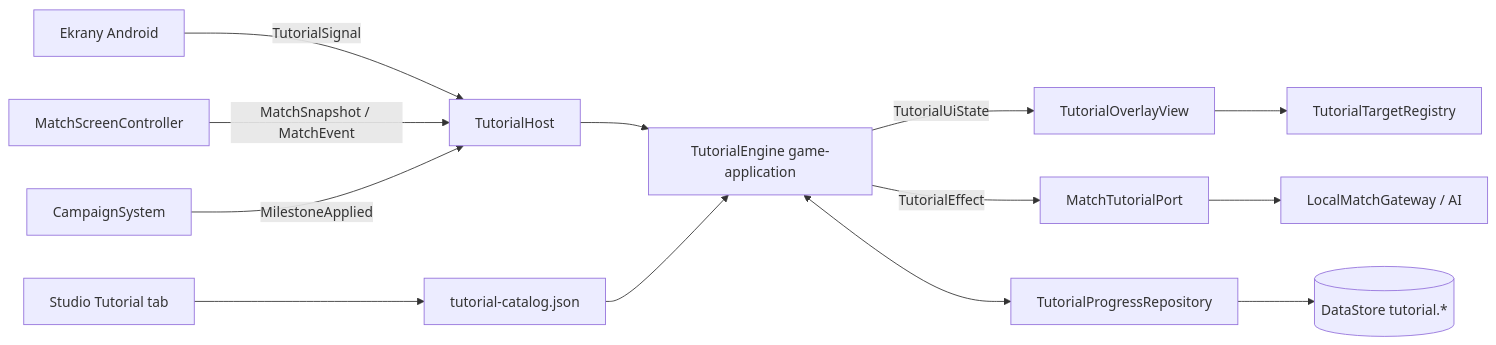
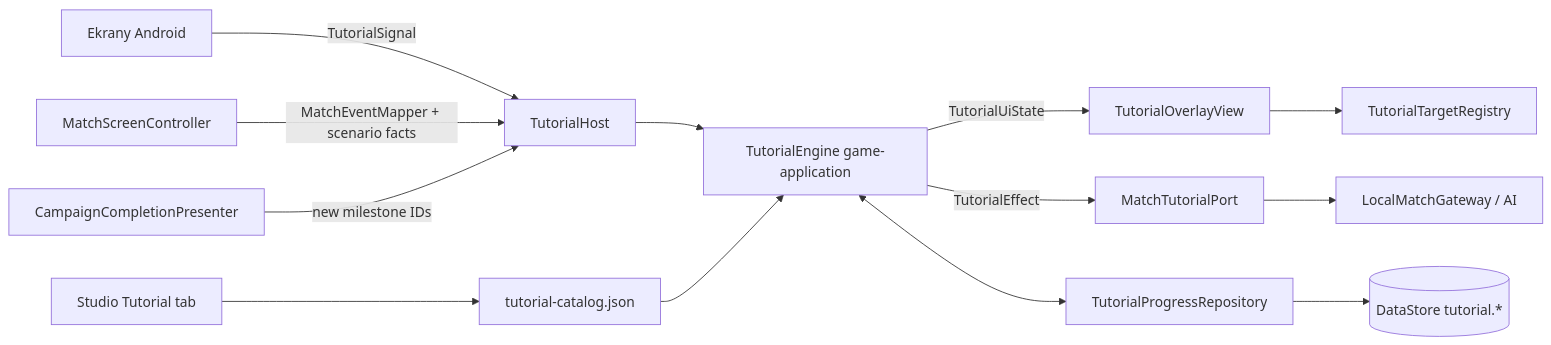
The diagram in docs/systems/tutorial-system.md (kokocinskimichal/urkaaz-catapult-chaos), drawn with Mermaid before and after one commit. The commit also changed other lines of this file and 118 other files, not shown here.

First line of the commit message:
Add TutorialSystem and update campaign content

````diff
--- a/docs/systems/tutorial-system.md
+++ b/docs/systems/tutorial-system.md
@@ -201,15 +228,15 @@
 ```mermaid
 flowchart LR
     Screens[Ekrany Android] -->|TutorialSignal| Host[TutorialHost]
-    Match[MatchScreenController] -->|MatchSnapshot / MatchEvent| Host
-    Campaign[CampaignSystem] -->|MilestoneApplied| Host
+    Match[MatchScreenController] -->|MatchEventMapper + scenario facts| Host
+    Campaign[CampaignCompletionPresenter] -->|new milestone IDs| Host
     Host --> Engine[TutorialEngine game-application]
     Catalog[tutorial-catalog.json] --> Engine
     Engine -->|TutorialUiState| Overlay[TutorialOverlayView]
     Engine -->|TutorialEffect| Port[MatchTutorialPort]
     Port --> Gateway[LocalMatchGateway / AI]
     Engine <--> Repo[TutorialProgressRepository]
     Repo --> DS[(DataStore tutorial.*)]
     Overlay --> Registry[TutorialTargetRegistry]
     Studio[Studio Tutorial tab] --> Catalog
 ```
````
